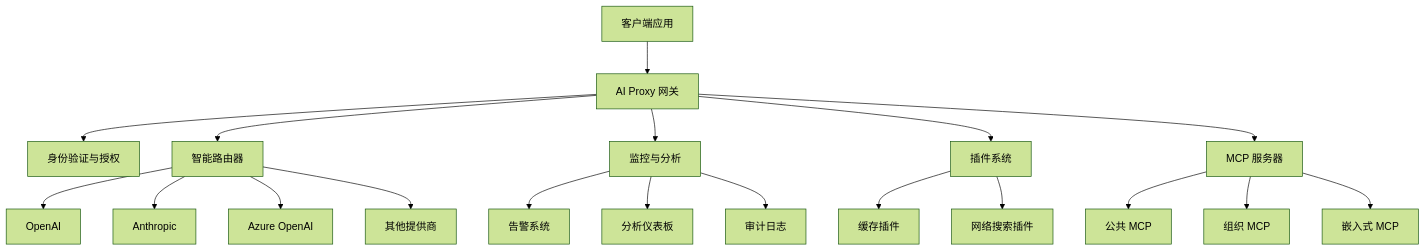
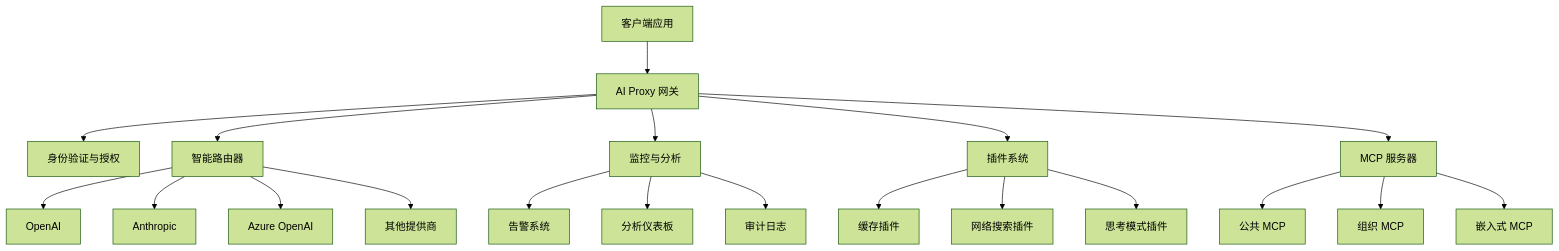
One commit to zijiren233/aiproxy changed the diagram in README.zh.md. Above: the diagram before and after it, drawn with Mermaid (forest theme). The commit also changed other lines of this file and 1 other file, not shown here.

````diff
--- a/README.zh.md
+++ b/README.zh.md
@@ -64,25 +64,26 @@
 ```mermaid
 graph TB
     Client[客户端应用] --> Gateway[AI Proxy 网关]
     Gateway --> Auth[身份验证与授权]
     Gateway --> Router[智能路由器]
     Gateway --> Monitor[监控与分析]
     Gateway --> Plugins[插件系统]
     
     Plugins --> CachePlugin[缓存插件]
     Plugins --> SearchPlugin[网络搜索插件]
+    Plugins --> ThinkSplitPlugin[思考模式插件]
     
     Router --> Provider1[OpenAI]
     Router --> Provider2[Anthropic]
     Router --> Provider3[Azure OpenAI]
     Router --> ProviderN[其他提供商]
     
     Gateway --> MCP[MCP 服务器]
     MCP --> PublicMCP[公共 MCP]
     MCP --> GroupMCP[组织 MCP]
     MCP --> EmbedMCP[嵌入式 MCP]
     
     Monitor --> Alerts[告警系统]
     Monitor --> Analytics[分析仪表板]
     Monitor --> Logs[审计日志]
 ```
````
